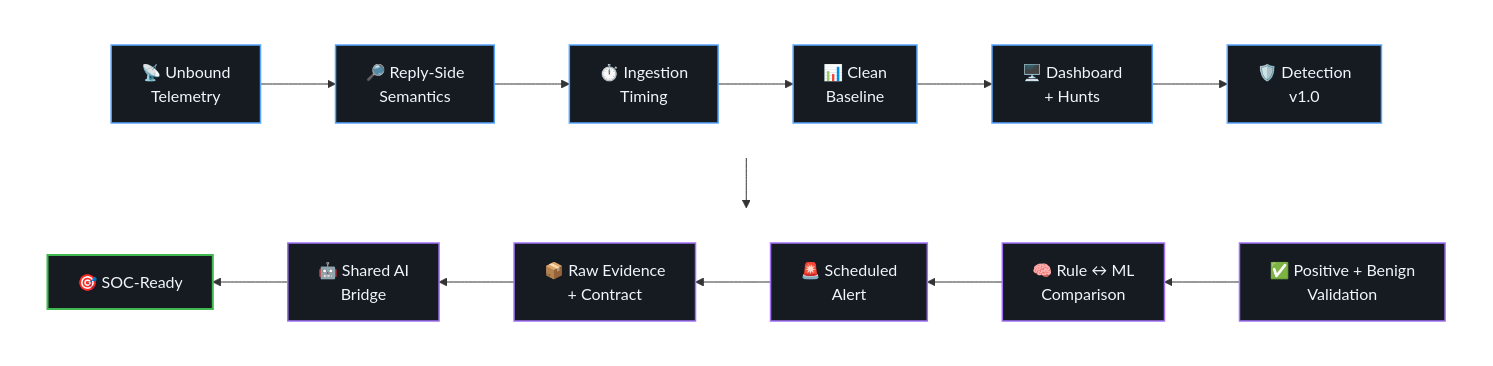
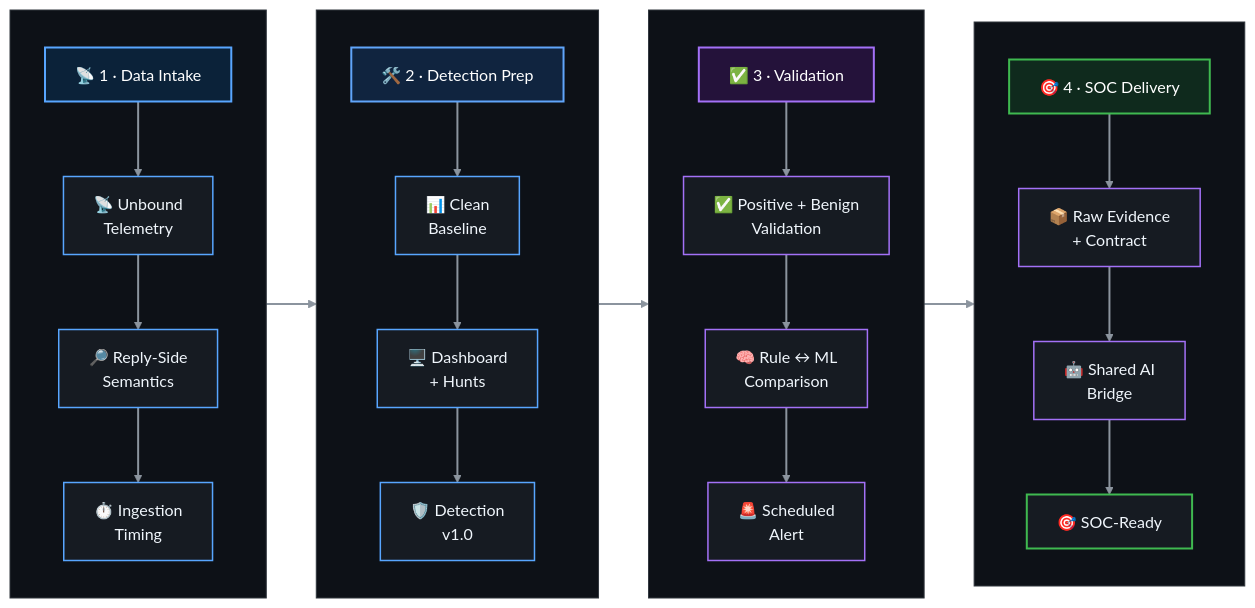
One commit to DNSentinel-Lab/Scenario-02-DGA changed the diagram in detection-engineering/README.md. Above: the diagram before and after it, drawn with Mermaid. The commit also changed other lines of this file, not shown here.

Commit message:
Revise engineering path diagram in README
Updated the engineering path diagram and improved formatting in the README.

````diff
--- a/detection-engineering/README.md
+++ b/detection-engineering/README.md
@@ -43,40 +43,103 @@
 ```mermaid
-flowchart TB
+flowchart LR
 
-    subgraph ROW1[" "]
-        direction LR
+    %% =====================================================
+    %% COLUMN 1
+    %% =====================================================
+    subgraph C1[" "]
+        direction TB
+        H1["📡 1 · Data Intake"]
+
         A["📡 Unbound<br/>Telemetry"]
         B["🔎 Reply-Side<br/>Semantics"]
         C["⏱️ Ingestion<br/>Timing"]
+
+        H1 --> A --> B --> C
+    end
+
+    %% =====================================================
+    %% COLUMN 2
+    %% =====================================================
+    subgraph C2[" "]
+        direction TB
+        H2["🛠️ 2 · Detection Prep"]
+
         D["📊 Clean<br/>Baseline"]
         E["🖥️ Dashboard<br/>+ Hunts"]
         F["🛡️ Detection<br/>v1.0"]
 
-        A --> B --> C --> D --> E --> F
+        H2 --> D --> E --> F
     end
 
-    subgraph ROW2[" "]
-        direction RL
+    %% =====================================================
+    %% COLUMN 3
+    %% =====================================================
+    subgraph C3[" "]
+        direction TB
+        H3["✅ 3 · Validation"]
+
         G["✅ Positive + Benign<br/>Validation"]
         H["🧠 Rule ↔ ML<br/>Comparison"]
         I["🚨 Scheduled<br/>Alert"]
+
+        H3 --> G --> H --> I
+    end
+
+    %% =====================================================
+    %% COLUMN 4
+    %% =====================================================
+    subgraph C4[" "]
+        direction TB
+        H4["🎯 4 · SOC Delivery"]
+
         J["📦 Raw Evidence<br/>+ Contract"]
         K["🤖 Shared AI<br/>Bridge"]
         L["🎯 SOC-Ready"]
 
-        G --> H --> I --> J --> K --> L
+        H4 --> J --> K --> L
     end
 
-    F --> G
+    %% =====================================================
+    %% COLUMN-TO-COLUMN FLOW
+    %% =====================================================
+    C1 --> C2
+    C2 --> C3
+    C3 --> C4
 
-    style ROW1 fill:none,stroke:none
-    style ROW2 fill:none,stroke:none
+    %% =====================================================
+    %% HEADER STYLES
+    %% =====================================================
+    classDef head1 fill:#0b2239,stroke:#58a6ff,stroke-width:2px,color:#ffffff;
+    classDef head2 fill:#10243f,stroke:#60a5fa,stroke-width:2px,color:#ffffff;
+    classDef head3 fill:#24123a,stroke:#a371f7,stroke-width:2px,color:#ffffff;
+    classDef head4 fill:#0f2a1d,stroke:#3fb950,stroke-width:2px,color:#ffffff;
 
-    classDef engineering fill:#161b22,stroke:#58a6ff,stroke-width:1.5px,color:#f0f6fc,font-size:16px;
-    classDef validation fill:#161b22,stroke:#a371f7,stroke-width:1.5px,color:#f0f6fc,font-size:16px;
-    classDef final fill:#161b22,stroke:#3fb950,stroke-width:2px,color:#f0f6fc,font-size:16px;
+    class H1 head1;
+    class H2 head2;
+    class H3 head3;
+    class H4 head4;
+
+    %% =====================================================
+    %% NODE STYLES
+    %% =====================================================
+    classDef engineering fill:#161b22,stroke:#58a6ff,stroke-width:1.5px,color:#f0f6fc;
+    classDef validation fill:#161b22,stroke:#a371f7,stroke-width:1.5px,color:#f0f6fc;
+    classDef final fill:#161b22,stroke:#3fb950,stroke-width:2px,color:#f0f6fc;
 
     class A,B,C,D,E,F engineering;
     class G,H,I,J,K validation;
     class L final;
+
+    %% =====================================================
+    %% CONTAINER STYLES
+    %% =====================================================
+    style C1 fill:#0d1117,stroke:#30363d,stroke-width:1px
+    style C2 fill:#0d1117,stroke:#30363d,stroke-width:1px
+    style C3 fill:#0d1117,stroke:#30363d,stroke-width:1px
+    style C4 fill:#0d1117,stroke:#30363d,stroke-width:1px
+
+    %% =====================================================
+    %% EDGE STYLE
+    %% =====================================================
+    linkStyle default stroke:#8b949e,stroke-width:2px
 ```
````
